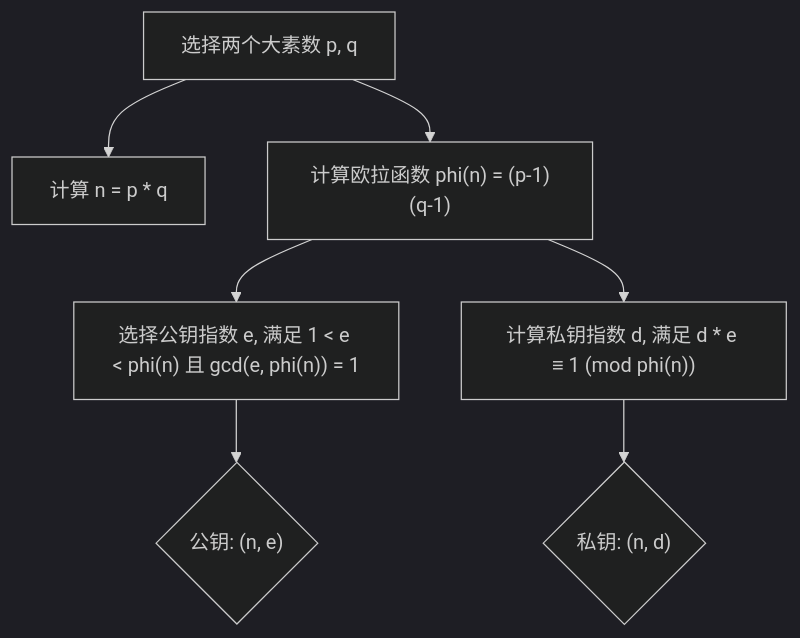
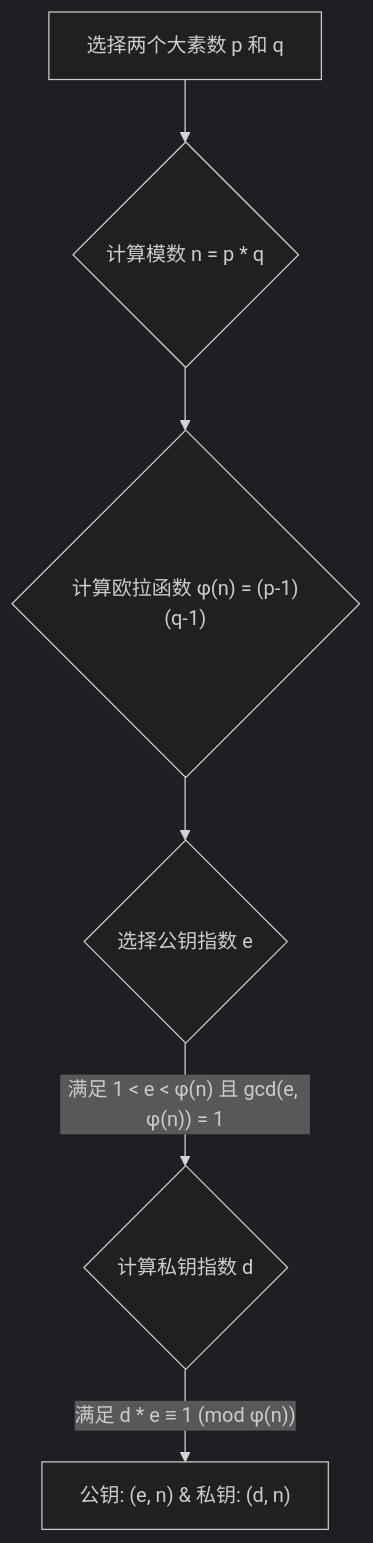
Before and after one commit to teatang/t-blog: the first of 2 diagrams in source/_posts/2024/2024-08-18_RSA (Rivest–Shamir–Adleman) 加密算法详解.md, drawn with Mermaid (dark theme). The commit also changed other lines of this file and 5 other files, not shown here.

```diff
--- a/source/_posts/2024/2024-08-18_RSA (Rivest–Shamir–Adleman) 加密算法详解.md
+++ b/source/_posts/2024/2024-08-18_RSA (Rivest–Shamir–Adleman) 加密算法详解.md
@@ -66,9 +94,8 @@
 {% mermaid %}
 graph TD
-    A[选择两个大素数 p, q] --> B[计算 n = p * q];
-    A --> C["计算欧拉函数 phi(n) = (p-1)(q-1)"];
-    C --> D["选择公钥指数 e, 满足 1 < e < phi(n) 且 gcd(e, phi(n)) = 1"];
-    C --> E["计算私钥指数 d, 满足 d * e ≡ 1 (mod phi(n))"];
-    D --> F{"公钥: (n, e)"};
-    E --> G{"私钥: (n, d)"};
+    A[选择两个大素数 p 和 q] --> B{计算模数 n = p * q};
+    B --> C{"计算欧拉函数 φ(n) = (p-1)(q-1)"};
+    C --> D{选择公钥指数 e};
+    D -- 满足 1 < e < φ(n) 且 gcd(e, φ(n)) = 1 --> E{计算私钥指数 d};
+    E -- 满足 d * e ≡ 1 (mod φ(n)) --> F["公钥: (e, n) & 私钥: (d, n)"];
 {% endmermaid %}
```
